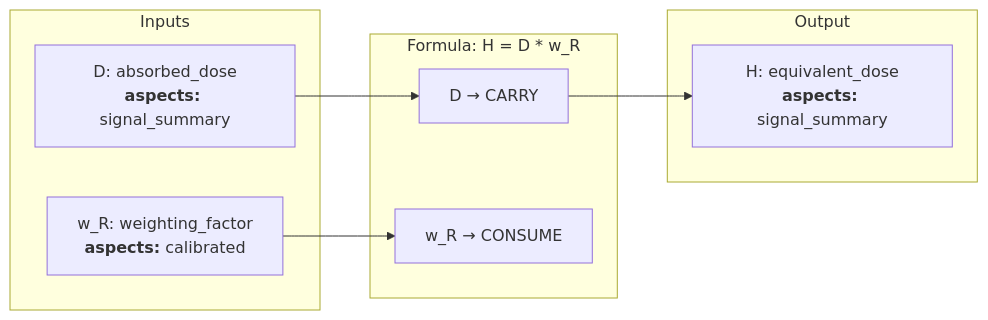
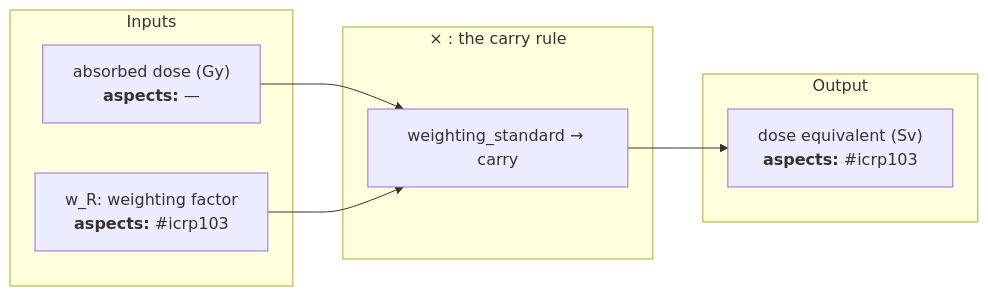
Before and after one commit to withtwoemms/ucon: the second of 3 diagrams in docs/architecture/kind-of-quantity.md, drawn with Mermaid. The commit also changed other lines of this file and 6 other files, not shown here.

````diff
--- a/docs/architecture/kind-of-quantity.md
+++ b/docs/architecture/kind-of-quantity.md
@@ -436,19 +453,18 @@
 ```mermaid
 flowchart LR
     subgraph inputs ["Inputs"]
-        D["D: absorbed_dose<br/><b>aspects:</b> signal_summary"]
-        wR["w_R: weighting_factor<br/><b>aspects:</b> calibrated"]
+        D["absorbed dose (Gy)<br/><b>aspects:</b> —"]
+        wR["w_R: weighting factor<br/><b>aspects:</b> #icrp103"]
     end
 
-    subgraph formula ["Formula: H = D * w_R"]
-        rule_D["D → CARRY"]
-        rule_wR["w_R → CONSUME"]
+    subgraph carry ["× : the carry rule"]
+        rule["weighting_standard → carry"]
     end
 
     subgraph output ["Output"]
-        H["H: equivalent_dose<br/><b>aspects:</b> signal_summary"]
+        H["dose equivalent (Sv)<br/><b>aspects:</b> #icrp103"]
     end
 
-    D --> rule_D --> H
-    wR --> rule_wR
+    D --> rule --> H
+    wR --> rule
 ```
````
